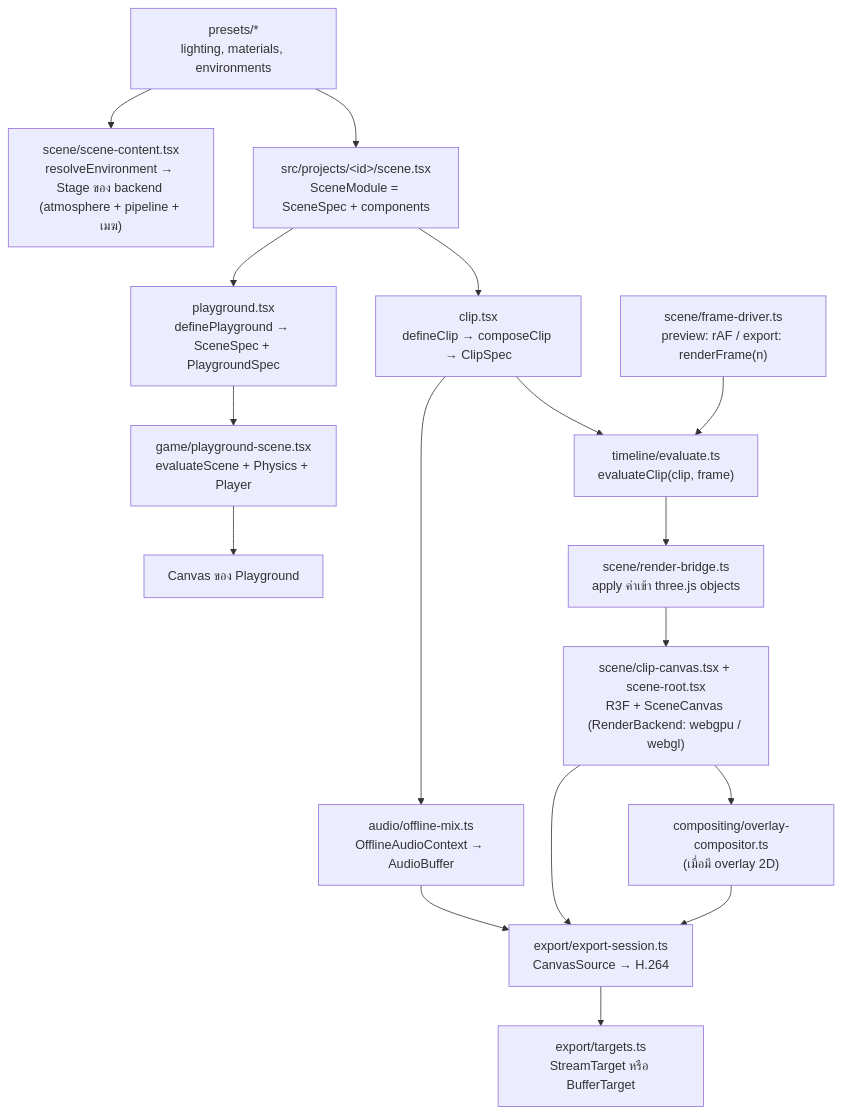
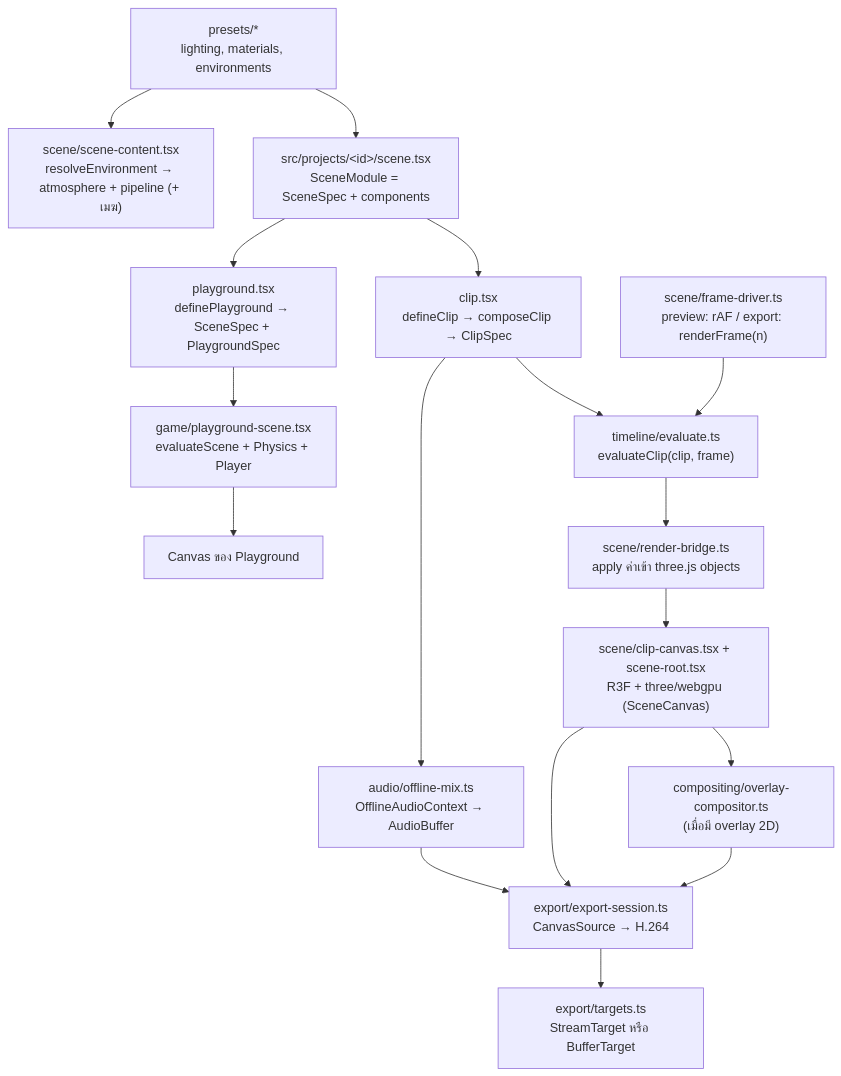
The diagram in docs/architecture.md (SaharatM864/three_3D_studio), drawn with Mermaid before and after one commit. The commit also changed other lines of this file and 35 other files, not shown here.

First line of the commit message:
feat(scene): render volumetric clouds on WebGPU

````diff
--- a/docs/architecture.md
+++ b/docs/architecture.md
@@ -22,19 +22,19 @@
 ```mermaid
 flowchart TD
     S["src/projects/&lt;id&gt;/scene.tsx<br/>SceneModule = SceneSpec + components"] --> C["clip.tsx<br/>defineClip → composeClip → ClipSpec"]
     S --> PG["playground.tsx<br/>definePlayground → SceneSpec + PlaygroundSpec"]
     C --> E["timeline/evaluate.ts<br/>evaluateClip(clip, frame)"]
     E --> B["scene/render-bridge.ts<br/>apply ค่าเข้า three.js objects"]
     D["scene/frame-driver.ts<br/>preview: rAF / export: renderFrame(n)"] --> E
-    B --> R["scene/clip-canvas.tsx + scene-root.tsx<br/>R3F + SceneCanvas (RenderBackend: webgpu / webgl)"]
+    B --> R["scene/clip-canvas.tsx + scene-root.tsx<br/>R3F + three/webgpu (SceneCanvas)"]
     R --> O["compositing/overlay-compositor.ts<br/>(เมื่อมี overlay 2D)"]
     O --> X["export/export-session.ts<br/>CanvasSource → H.264"]
     R --> X
     C --> A["audio/offline-mix.ts<br/>OfflineAudioContext → AudioBuffer"]
     A --> X
     X --> T["export/targets.ts<br/>StreamTarget หรือ BufferTarget"]
     P["presets/*<br/>lighting, materials, environments"] --> S
-    P --> SC["scene/scene-content.tsx<br/>resolveEnvironment → Stage ของ backend (atmosphere + pipeline + เมฆ)"]
+    P --> SC["scene/scene-content.tsx<br/>resolveEnvironment → atmosphere + pipeline (+ เมฆ)"]
     PG --> G["game/playground-scene.tsx<br/>evaluateScene + Physics + Player"]
     G --> R2["Canvas ของ Playground"]
 ```
````
